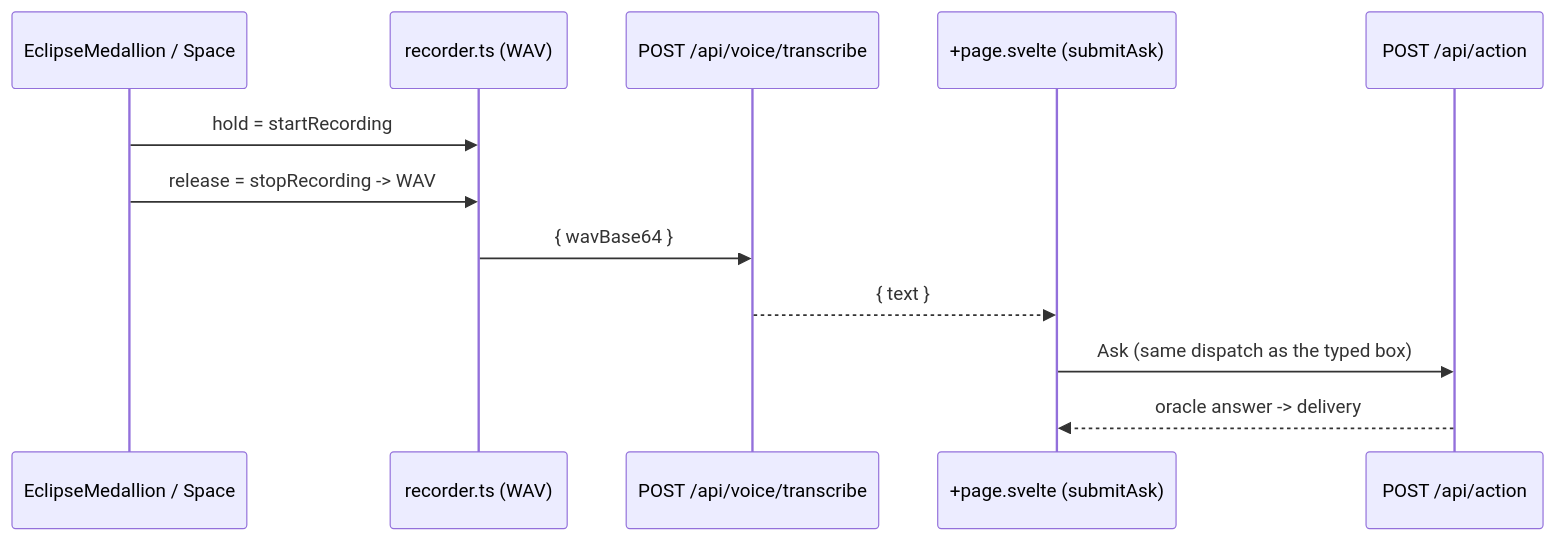
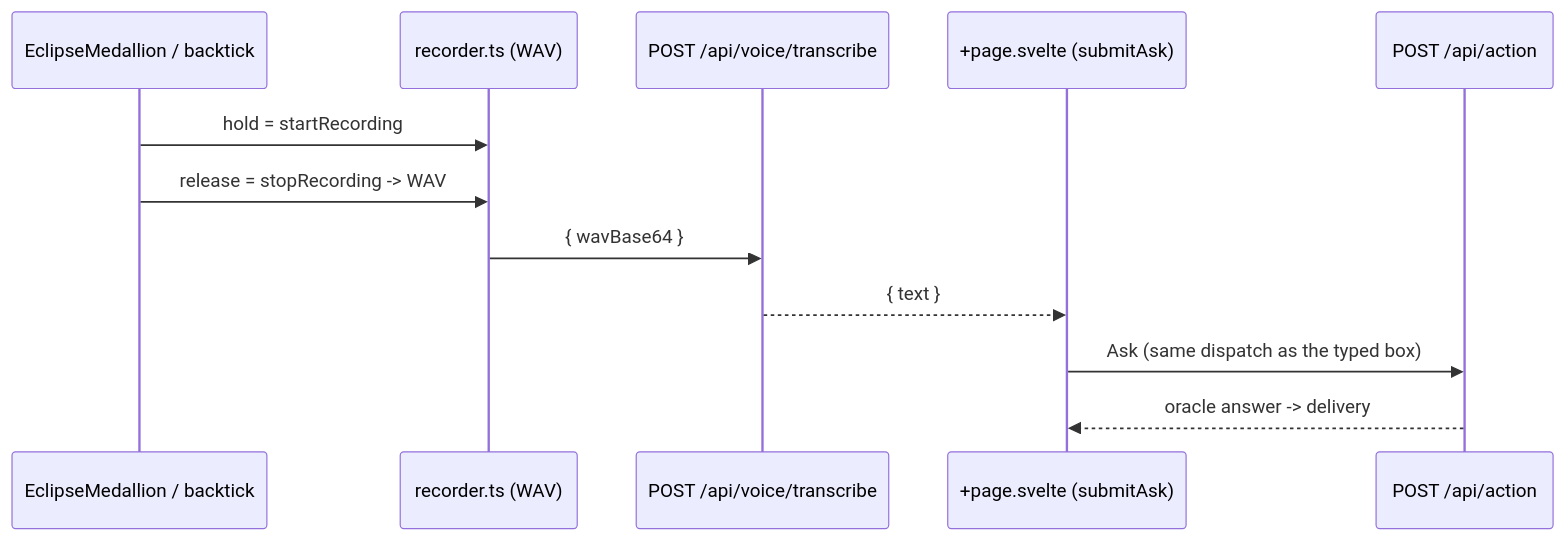
The fourth of 5 diagrams in docs/architecture.md (anchildress1/save-the-sun), drawn with Mermaid before and after one commit. The commit also changed other lines of this file and 1 other file, not shown here.

First line of the commit message:
docs: align architecture and v3 spec with the shipped code

````diff
--- a/docs/architecture.md
+++ b/docs/architecture.md
@@ -156,18 +156,18 @@
 ```mermaid
 sequenceDiagram
     accTitle: Voice input - push-to-talk to a transcribed Ask
-    accDescr: Holding the medallion or Space records a WAV; release posts it to the transcribe route, which returns text; the page runs that text through the same Ask pipeline as the typed box.
+    accDescr: Holding the medallion or the backtick key records a WAV; release posts it to the transcribe route, which returns text; the page runs that text through the same Ask pipeline as the typed box.
 
-    participant Medallion as EclipseMedallion / Space
+    participant Medallion as EclipseMedallion / backtick
     participant Rec as recorder.ts (WAV)
     participant STT as POST /api/voice/transcribe
     participant Page as +page.svelte (submitAsk)
     participant Action as POST /api/action
 
     Medallion->>Rec: hold = startRecording
     Medallion->>Rec: release = stopRecording -> WAV
     Rec->>STT: { wavBase64 }
     STT-->>Page: { text }
     Page->>Action: Ask (same dispatch as the typed box)
     Action-->>Page: oracle answer -> delivery
 ```
````
